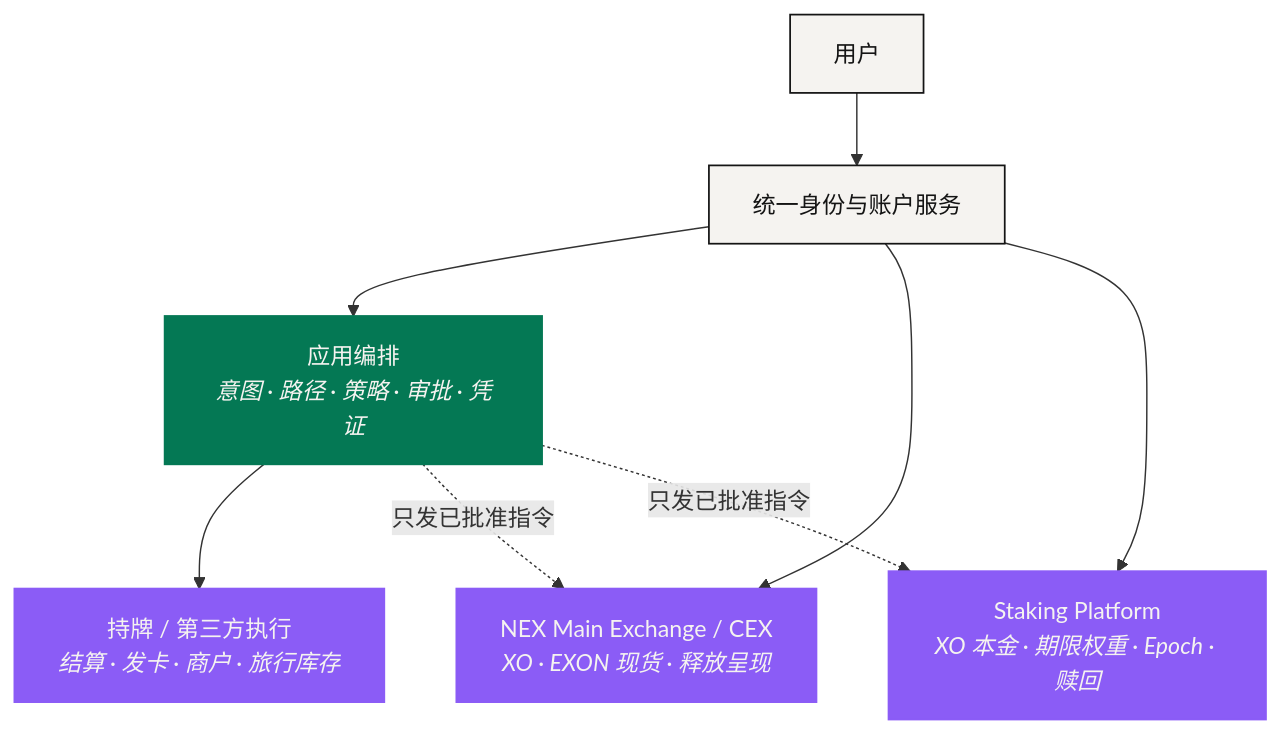
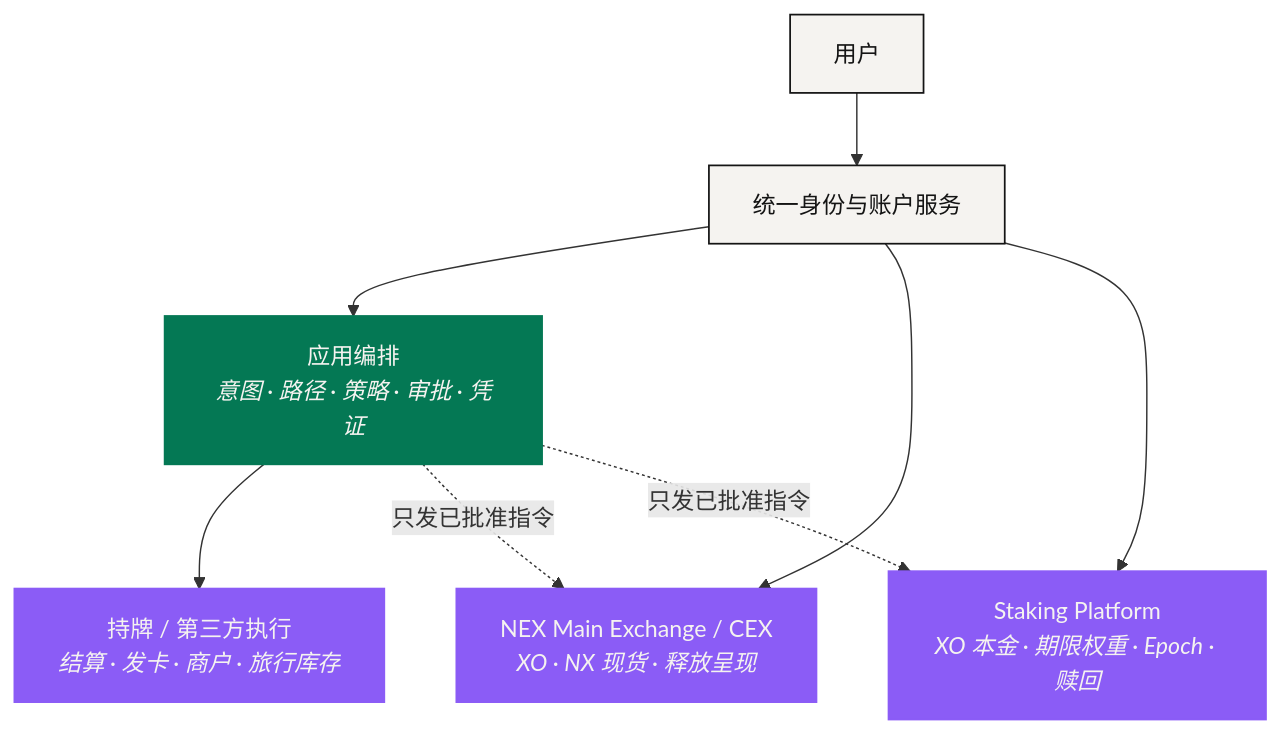
The diagram in docs/zh/03-architecture/README.md (NEXONMarkets/NEXON-Whitepaper), drawn with Mermaid before and after one commit. The commit also changed other lines of this file and 92 other files, not shown here.

````diff
--- a/docs/zh/03-architecture/README.md
+++ b/docs/zh/03-architecture/README.md
@@ -24,16 +24,16 @@
 ```mermaid
 flowchart TB
     U["用户"] --> ACC["统一身份与账户服务"]
     ACC --> APP["应用编排<br/><i>意图 · 路径 · 策略 · 审批 · 凭证</i>"]
-    ACC --> CEX["NEX Main Exchange / CEX<br/><i>XO · EXON 现货 · 释放呈现</i>"]
+    ACC --> CEX["NEX Main Exchange / CEX<br/><i>XO · NX 现货 · 释放呈现</i>"]
     ACC --> STK["Staking Platform<br/><i>XO 本金 · 期限权重 · Epoch · 赎回</i>"]
     APP --> EXT["持牌 / 第三方执行<br/><i>结算 · 发卡 · 商户 · 旅行库存</i>"]
     APP -. "只发已批准指令" .-> CEX
     APP -. "只发已批准指令" .-> STK
     classDef anchor fill:#047854,stroke:#047854,stroke-width:1.5px,color:#F5F3F0
     classDef engine fill:#8B5CF6,stroke:#8B5CF6,stroke-width:1.5px,color:#F5F3F0
     classDef solid  fill:#F5F3F0,stroke:#141414,stroke-width:1.2px,color:#141414
     class U,ACC solid
     class APP anchor
     class CEX,STK,EXT engine
 ```
````
